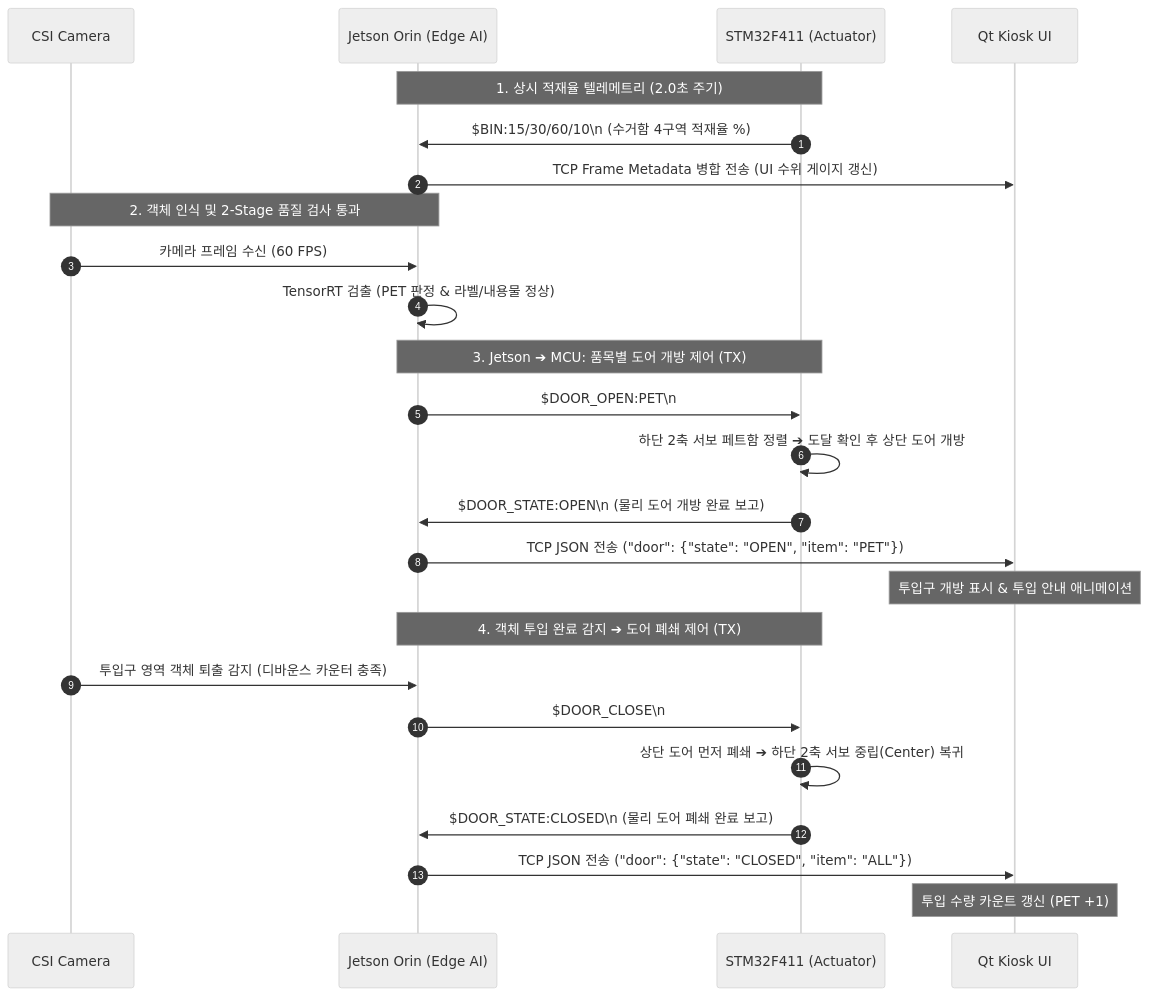
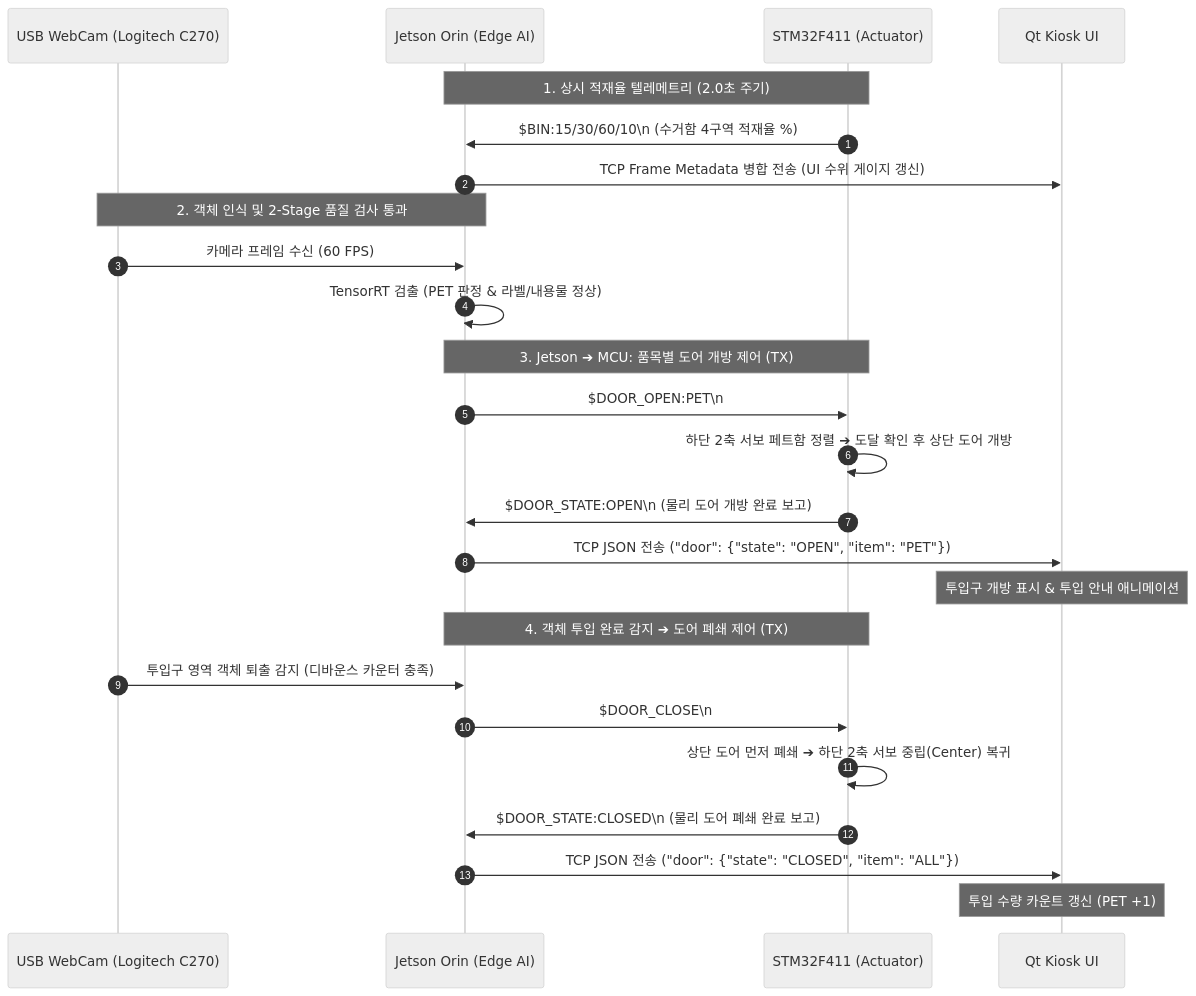
The second of 3 diagrams in docs/protocol-spec.md (hckim-dev/smart-recycling-edge-ai), drawn with Mermaid (neutral theme) before and after one commit. The commit also changed 9 other files, not shown here.

````diff
--- a/docs/protocol-spec.md
+++ b/docs/protocol-spec.md
@@ -137,31 +137,31 @@
 ```mermaid
 sequenceDiagram
     autonumber
-    participant Camera as CSI Camera
+    participant Camera as USB WebCam (Logitech C270)
     participant Jetson as Jetson Orin (Edge AI)
     participant MCU as STM32F411 (Actuator)
     participant Kiosk as Qt Kiosk UI
 
     Note over Jetson,MCU: 1. 상시 적재율 텔레메트리 (2.0초 주기)
     MCU->>Jetson: $BIN:15/30/60/10\n (수거함 4구역 적재율 %)
     Jetson->>Kiosk: TCP Frame Metadata 병합 전송 (UI 수위 게이지 갱신)
 
     Note over Camera,Jetson: 2. 객체 인식 및 2-Stage 품질 검사 통과
     Camera->>Jetson: 카메라 프레임 수신 (60 FPS)
     Jetson->>Jetson: TensorRT 검출 (PET 판정 & 라벨/내용물 정상)
 
     Note over Jetson,MCU: 3. Jetson ➔ MCU: 품목별 도어 개방 제어 (TX)
     Jetson->>MCU: $DOOR_OPEN:PET\n
     MCU->>MCU: 하단 2축 서보 페트함 정렬 ➔ 도달 확인 후 상단 도어 개방
     MCU->>Jetson: $DOOR_STATE:OPEN\n (물리 도어 개방 완료 보고)
     Jetson->>Kiosk: TCP JSON 전송 ("door": {"state": "OPEN", "item": "PET"})
     Note over Kiosk: 투입구 개방 표시 & 투입 안내 애니메이션
 
     Note over Jetson,MCU: 4. 객체 투입 완료 감지 ➔ 도어 폐쇄 제어 (TX)
     Camera->>Jetson: 투입구 영역 객체 퇴출 감지 (디바운스 카운터 충족)
     Jetson->>MCU: $DOOR_CLOSE\n
     MCU->>MCU: 상단 도어 먼저 폐쇄 ➔ 하단 2축 서보 중립(Center) 복귀
     MCU->>Jetson: $DOOR_STATE:CLOSED\n (물리 도어 폐쇄 완료 보고)
     Jetson->>Kiosk: TCP JSON 전송 ("door": {"state": "CLOSED", "item": "ALL"})
     Note over Kiosk: 투입 수량 카운트 갱신 (PET +1)
 ```
````
